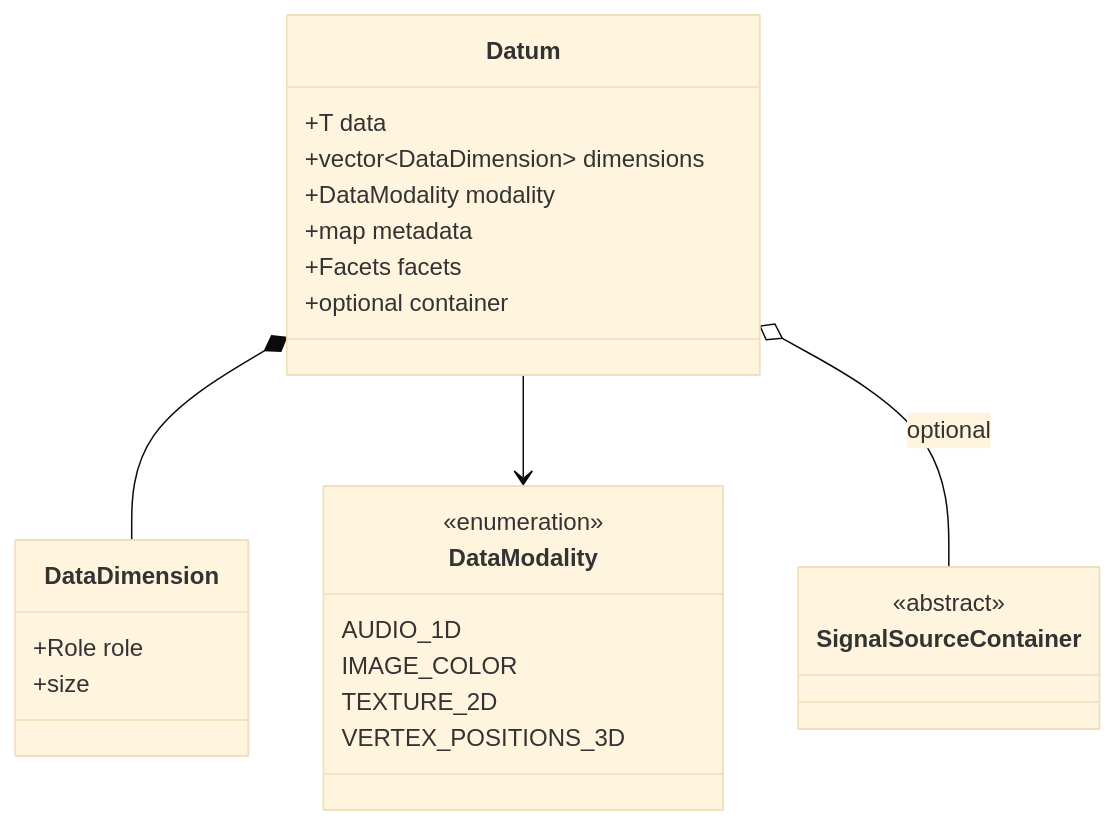
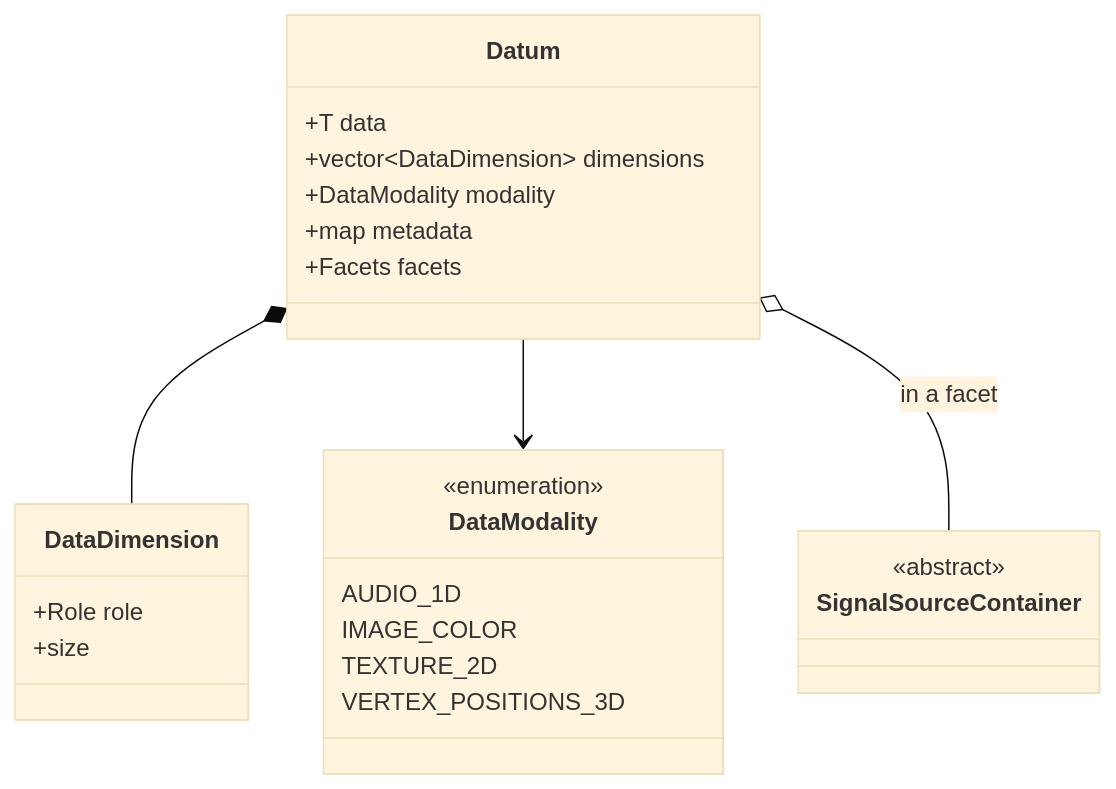
One commit to MayaFlux/MayaFlux changed the second of 16 diagrams in docs/GPGPU-Guide.md. Above: the diagram before and after it, drawn with Mermaid (base theme). The commit also changed other lines of this file and 2 other files, not shown here.

````diff
--- a/docs/GPGPU-Guide.md
+++ b/docs/GPGPU-Guide.md
@@ -152,28 +148,27 @@
 ```mermaid
 classDiagram
     class Datum {
         +T data
         +vector~DataDimension~ dimensions
         +DataModality modality
         +map metadata
         +Facets facets
-        +optional container
     }
     class DataDimension {
         +Role role
         +size
     }
     class DataModality {
         <<enumeration>>
         AUDIO_1D
         IMAGE_COLOR
         TEXTURE_2D
         VERTEX_POSITIONS_3D
     }
     class SignalSourceContainer {
         <<abstract>>
     }
     Datum *-- DataDimension
     Datum --> DataModality
-    Datum o-- SignalSourceContainer : optional
+    Datum o-- SignalSourceContainer : in a facet
 ```
````
